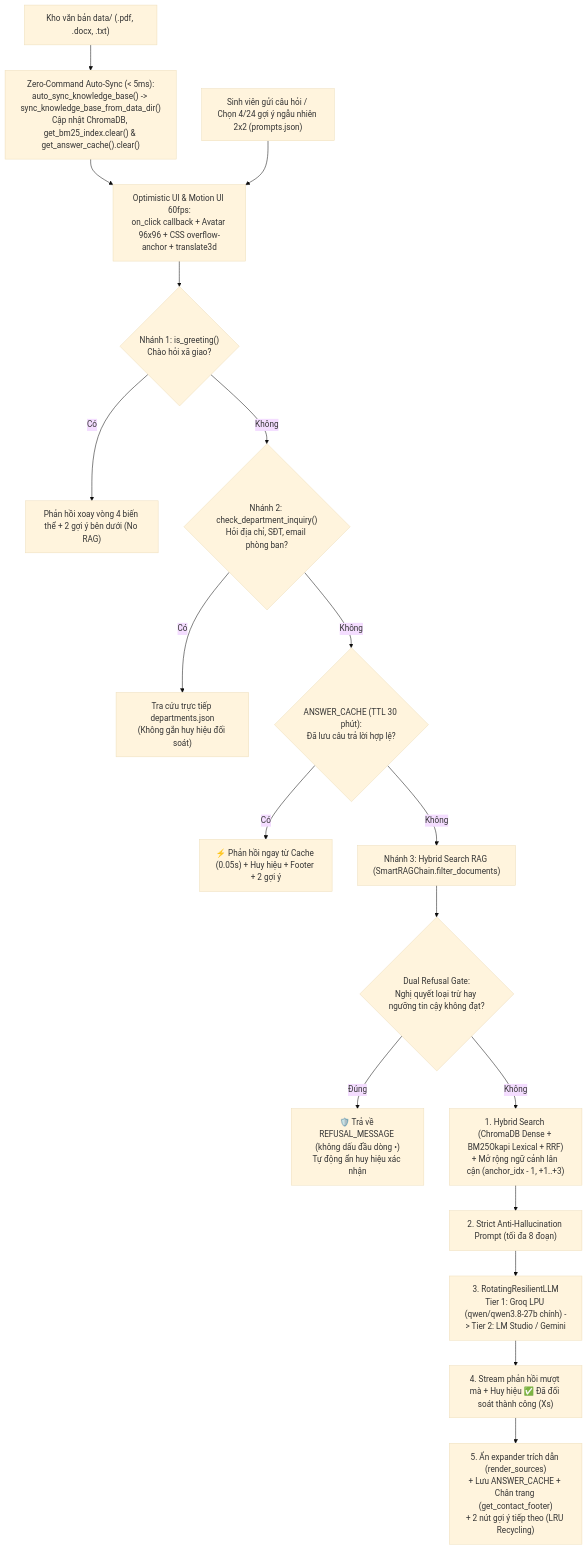
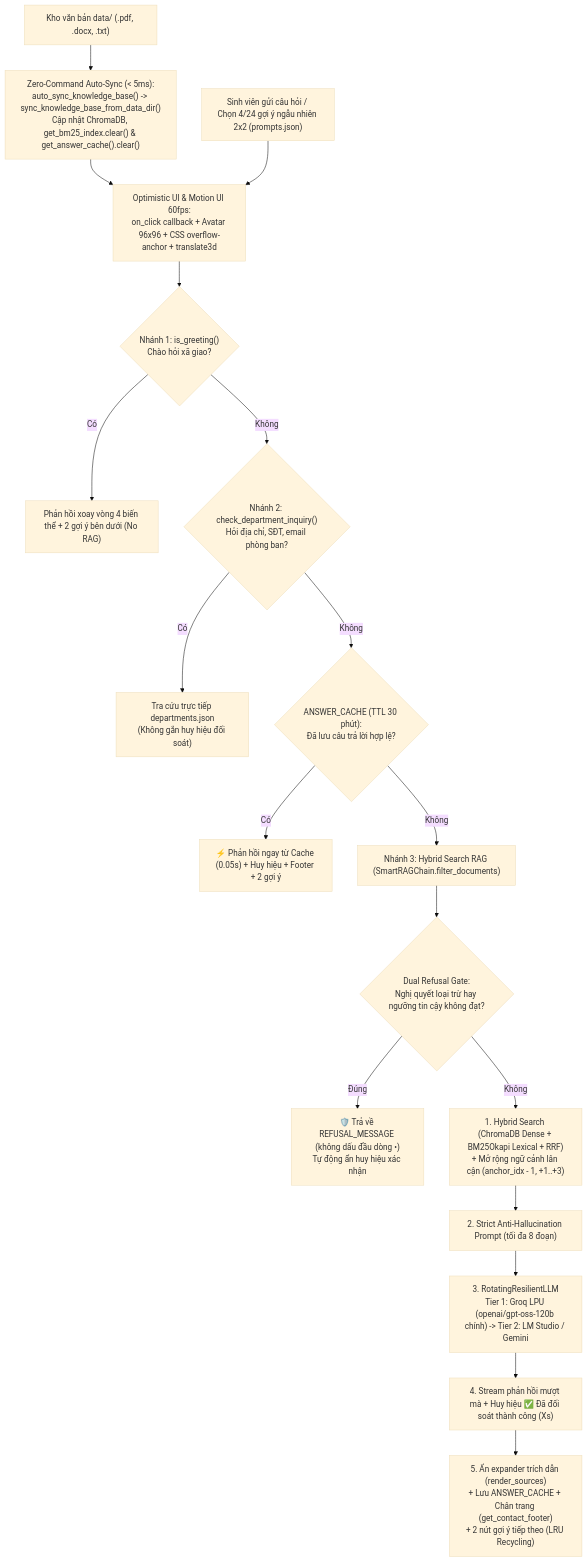
One commit to anhdangbuon/VLUTEBOT changed the diagram in README.md. Above: the diagram before and after it, drawn with Mermaid (base theme). The commit also changed other lines of this file and 3 other files, not shown here.

````diff
--- a/README.md
+++ b/README.md
@@ -29,22 +29,22 @@
 ```mermaid
 flowchart TD
     DataDir["Kho văn bản data/ (.pdf, .docx, .txt)"] --> AutoSync["Zero-Command Auto-Sync (< 5ms):<br/>auto_sync_knowledge_base() -> sync_knowledge_base_from_data_dir()<br/>Cập nhật ChromaDB, get_bm25_index.clear() & get_answer_cache().clear()"]
     AutoSync --> OptUI
     UserQuery["Sinh viên gửi câu hỏi / Chọn 4/24 gợi ý ngẫu nhiên 2x2 (prompts.json)"] --> OptUI["Optimistic UI & Motion UI 60fps:<br/>on_click callback + Avatar 96x96 + CSS overflow-anchor + translate3d"]
     OptUI --> B1{"Nhánh 1: is_greeting()<br/>Chào hỏi xã giao?"}
     B1 -- Có --> R1["Phản hồi xoay vòng 4 biến thể + 2 gợi ý bên dưới (No RAG)"]
     B1 -- Không --> B2{"Nhánh 2: check_department_inquiry()<br/>Hỏi địa chỉ, SĐT, email phòng ban?"}
     B2 -- Có --> R2["Tra cứu trực tiếp departments.json<br/>(Không gắn huy hiệu đối soát)"]
     B2 -- Không --> CacheCheck{"ANSWER_CACHE (TTL 30 phút):<br/>Đã lưu câu trả lời hợp lệ?"}
     CacheCheck -- Có --> CacheHit["⚡ Phản hồi ngay từ Cache (0.05s) + Huy hiệu + Footer + 2 gợi ý"]
     CacheCheck -- Không --> B3["Nhánh 3: Hybrid Search RAG (SmartRAGChain.filter_documents)"]
 
     B3 --> ExclCheck{"Dual Refusal Gate:<br/>Nghị quyết loại trừ hay ngưỡng tin cậy không đạt?"}
     ExclCheck -- Đúng --> Refusal["🛡️ Trả về REFUSAL_MESSAGE (không dấu đầu dòng •)<br/>Tự động ẩn huy hiệu xác nhận"]
     ExclCheck -- Không --> HybridSearch["1. Hybrid Search (ChromaDB Dense + BM25Okapi Lexical + RRF)<br/>+ Mở rộng ngữ cảnh lân cận (anchor_idx - 1, +1..+3)"]
 
     HybridSearch --> PromptBuild["2. Strict Anti-Hallucination Prompt (tối đa 8 đoạn)"]
-    PromptBuild --> LLMRouter["3. RotatingResilientLLM<br/>Tier 1: Groq LPU (qwen/qwen3.8-27b chính) -> Tier 2: LM Studio / Gemini"]
+    PromptBuild --> LLMRouter["3. RotatingResilientLLM<br/>Tier 1: Groq LPU (openai/gpt-oss-120b chính) -> Tier 2: LM Studio / Gemini"]
     LLMRouter --> StreamUI["4. Stream phản hồi mượt mà + Huy hiệu ✅ Đã đối soát thành công (Xs)"]
     StreamUI --> PostUI["5. Ẩn expander trích dẫn (render_sources)<br/>+ Lưu ANSWER_CACHE + Chân trang (get_contact_footer)<br/>+ 2 nút gợi ý tiếp theo (LRU Recycling)"]
 ```
````
